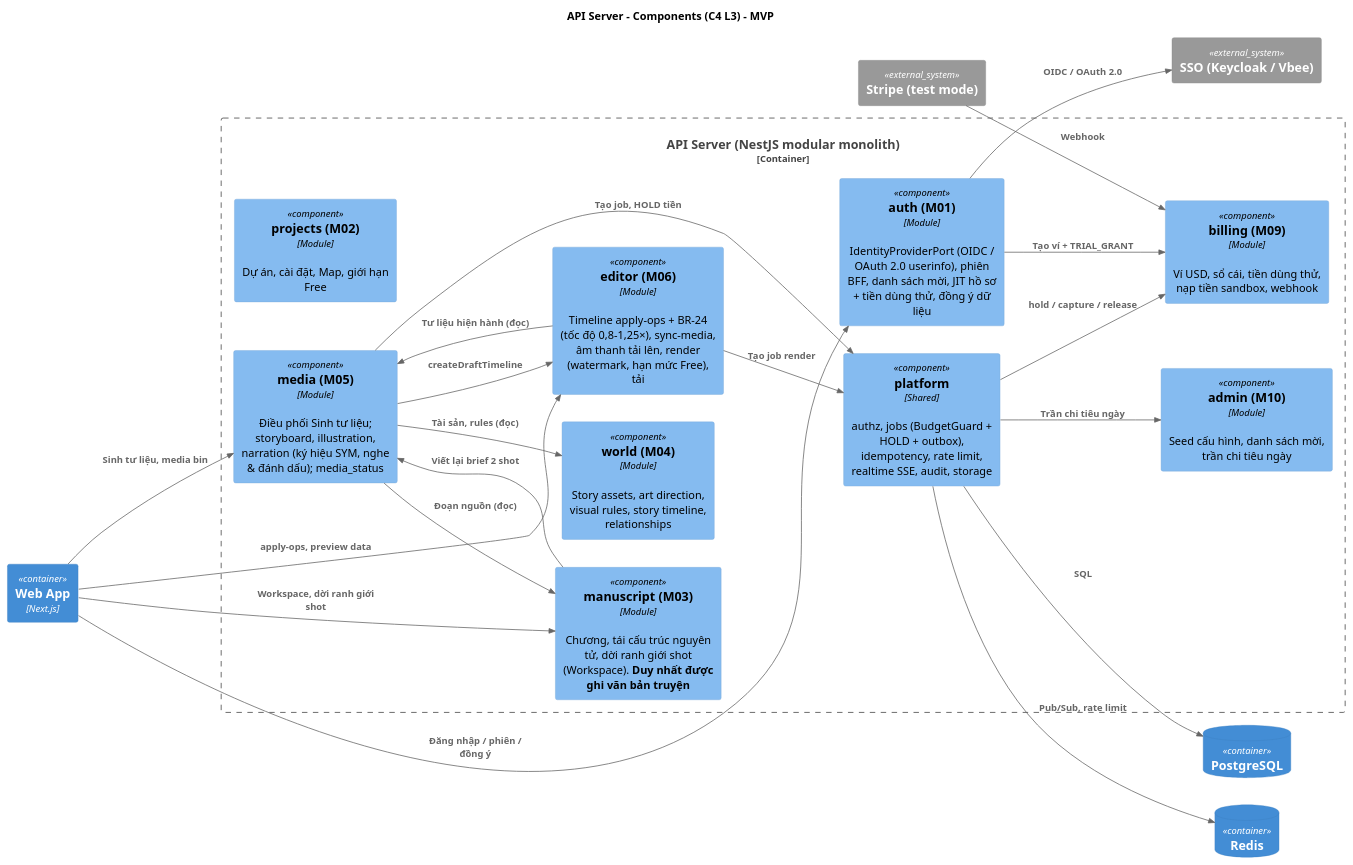
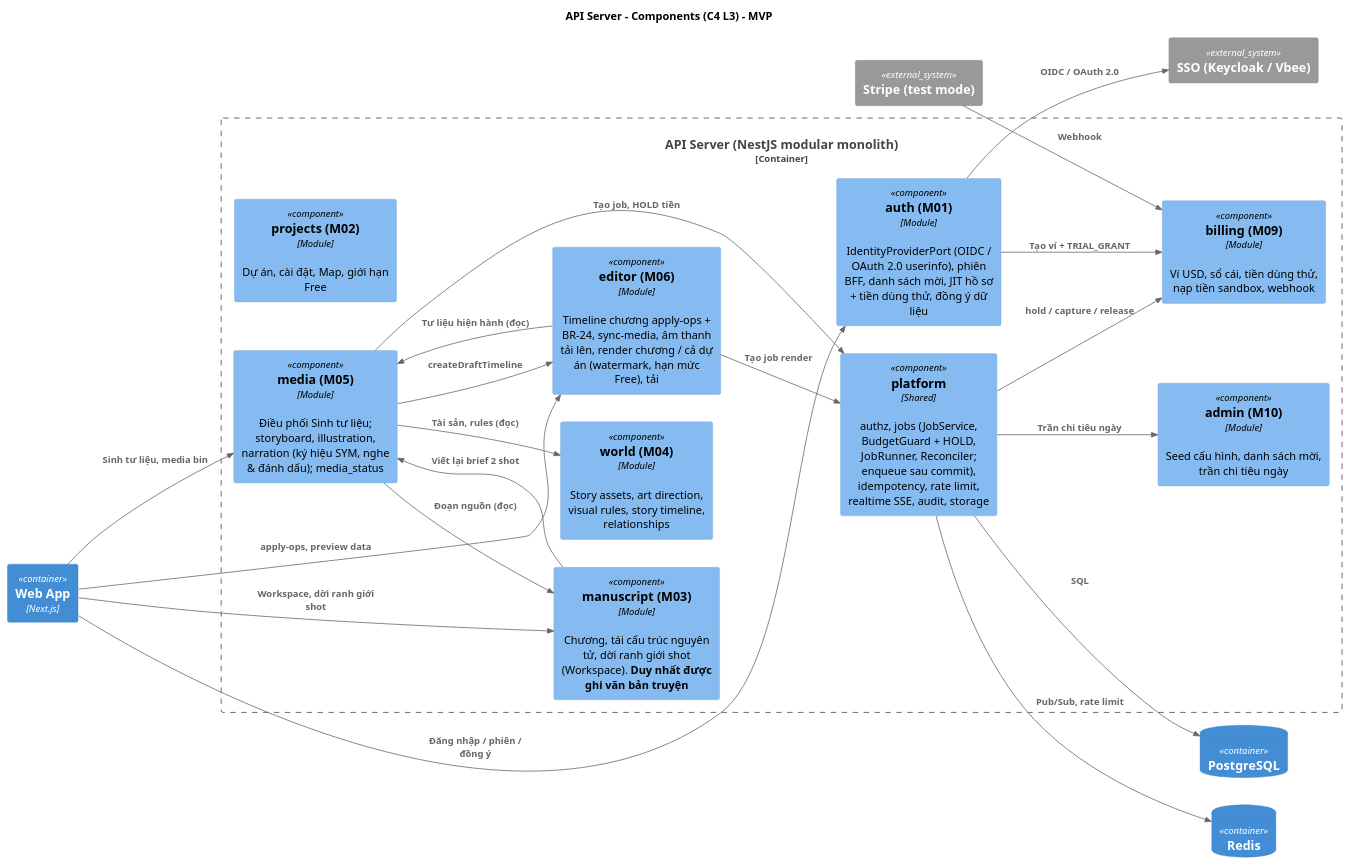
The diagram in demo-c2story/so-do/mvp/03-kien-truc/c4-component-api-mvp.puml (202416852-anhpv/story2video-docs), drawn with PlantUML before and after one commit. The commit also changed 62 other files, not shown here.

First line of the commit message:
Update documentation and schemas for AI integration and timeline snapshots

```diff
--- a/demo-c2story/so-do/mvp/03-kien-truc/c4-component-api-mvp.puml
+++ b/demo-c2story/so-do/mvp/03-kien-truc/c4-component-api-mvp.puml
@@ -1,42 +1,42 @@
 @startuml C4_Component_API_MVP
 !include <C4/C4_Component>
 title API Server - Components (C4 L3) - MVP
 LAYOUT_LEFT_RIGHT()
 
 Container(web, "Web App", "Next.js")
 ContainerDb(db, "PostgreSQL")
 ContainerDb(redis, "Redis")
 System_Ext(sso, "SSO (Keycloak / Vbee)")
 System_Ext(pay, "Stripe (test mode)")
 
 Container_Boundary(api, "API Server (NestJS modular monolith)") {
     Component(auth, "auth (M01)", "Module", "IdentityProviderPort (OIDC / OAuth 2.0 userinfo), phiên BFF, danh sách mời, JIT hồ sơ + tiền dùng thử, đồng ý dữ liệu")
     Component(projects, "projects (M02)", "Module", "Dự án, cài đặt, Map, giới hạn Free")
     Component(manu, "manuscript (M03)", "Module", "Chương, tái cấu trúc nguyên tử, dời ranh giới shot (Workspace). **Duy nhất được ghi văn bản truyện**")
     Component(world, "world (M04)", "Module", "Story assets, art direction, visual rules, story timeline, relationships")
     Component(media, "media (M05)", "Module", "Điều phối Sinh tư liệu; storyboard, illustration, narration (ký hiệu SYM, nghe & đánh dấu); media_status")
-    Component(editor, "editor (M06)", "Module", "Timeline apply-ops + BR-24 (tốc độ 0,8–1,25×), sync-media, âm thanh tải lên, render (watermark, hạn mức Free), tải")
+    Component(editor, "editor (M06)", "Module", "Timeline chương apply-ops + BR-24, sync-media, âm thanh tải lên, render chương / cả dự án (watermark, hạn mức Free), tải")
     Component(billing, "billing (M09)", "Module", "Ví USD, sổ cái, tiền dùng thử, nạp tiền sandbox, webhook")
     Component(adminm, "admin (M10)", "Module", "Seed cấu hình, danh sách mời, trần chi tiêu ngày")
-    Component(platform, "platform", "Shared", "authz, jobs (BudgetGuard + HOLD + outbox), idempotency, rate limit, realtime SSE, audit, storage")
+    Component(platform, "platform", "Shared", "authz, jobs (JobService, BudgetGuard + HOLD, JobRunner, Reconciler; enqueue sau commit), idempotency, rate limit, realtime SSE, audit, storage")
 }
 
 Rel(web, auth, "Đăng nhập / phiên / đồng ý")
 Rel(web, editor, "apply-ops, preview data")
 Rel(web, media, "Sinh tư liệu, media bin")
 Rel(web, manu, "Workspace, dời ranh giới shot")
 Rel(auth, sso, "OIDC / OAuth 2.0")
 Rel(auth, billing, "Tạo ví + TRIAL_GRANT")
 Rel(pay, billing, "Webhook")
 Rel(manu, media, "Viết lại brief 2 shot")
 Rel(media, world, "Tài sản, rules (đọc)")
 Rel(media, manu, "Đoạn nguồn (đọc)")
 Rel(media, editor, "createDraftTimeline")
 Rel(editor, media, "Tư liệu hiện hành (đọc)")
 Rel(media, platform, "Tạo job, HOLD tiền")
 Rel(editor, platform, "Tạo job render")
 Rel(platform, billing, "hold / capture / release")
 Rel(platform, adminm, "Trần chi tiêu ngày")
 Rel(platform, db, "SQL")
 Rel(platform, redis, "Pub/Sub, rate limit")
 @enduml
```
